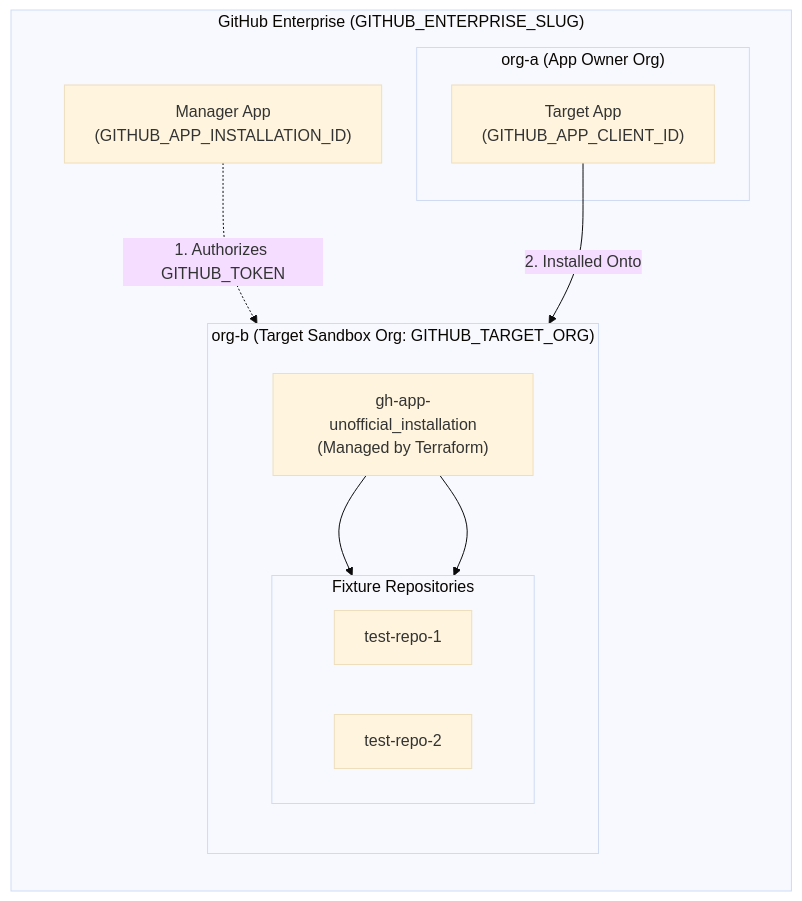
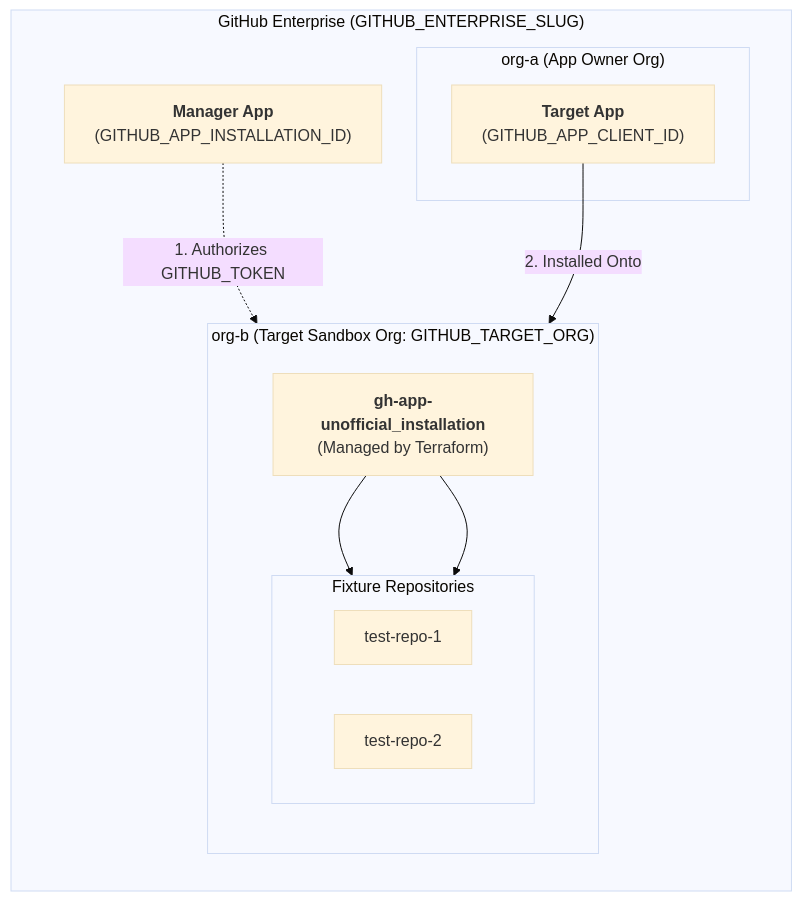
One commit to google/terraform-provider-gh-app-unofficial changed the first of 2 diagrams in DEVELOPMENT.md. Above: the diagram before and after it, drawn with Mermaid (base theme). The commit also changed other lines of this file and 7 other files, not shown here.

````diff
--- a/DEVELOPMENT.md
+++ b/DEVELOPMENT.md
@@ -47,29 +47,32 @@
 ```mermaid
 flowchart TD
     subgraph Enterprise ["GitHub Enterprise (GITHUB_ENTERPRISE_SLUG)"]
         direction TB
 
-        M_INST["Manager App<br/>(GITHUB_APP_INSTALLATION_ID)"]
+        M_INST["`**Manager App**
+        (GITHUB_APP_INSTALLATION_ID)`"]
 
         subgraph ORG_A ["org-a (App Owner Org)"]
-            T_APP["Target App<br/>(GITHUB_APP_CLIENT_ID)"]
+            T_APP["`**Target App**
+            (GITHUB_APP_CLIENT_ID)`"]
         end
 
         subgraph ORG_B ["org-b (Target Sandbox Org: GITHUB_TARGET_ORG)"]
             direction TB
-            INST["gh-app-unofficial_installation<br/>(Managed by Terraform)"]
+            INST["`**gh-app-unofficial_installation**
+            (Managed by Terraform)`"]
             
             subgraph Repos ["Fixture Repositories"]
                 direction LR
                 TR1["test-repo-1"]
                 TR2["test-repo-2"]
             end
 
             INST --> TR1
             INST --> TR2
         end
 
         M_INST -.->|"1. Authorizes GITHUB_TOKEN"| INST
         T_APP -->|"2. Installed Onto"| INST
     end
 ```
````
